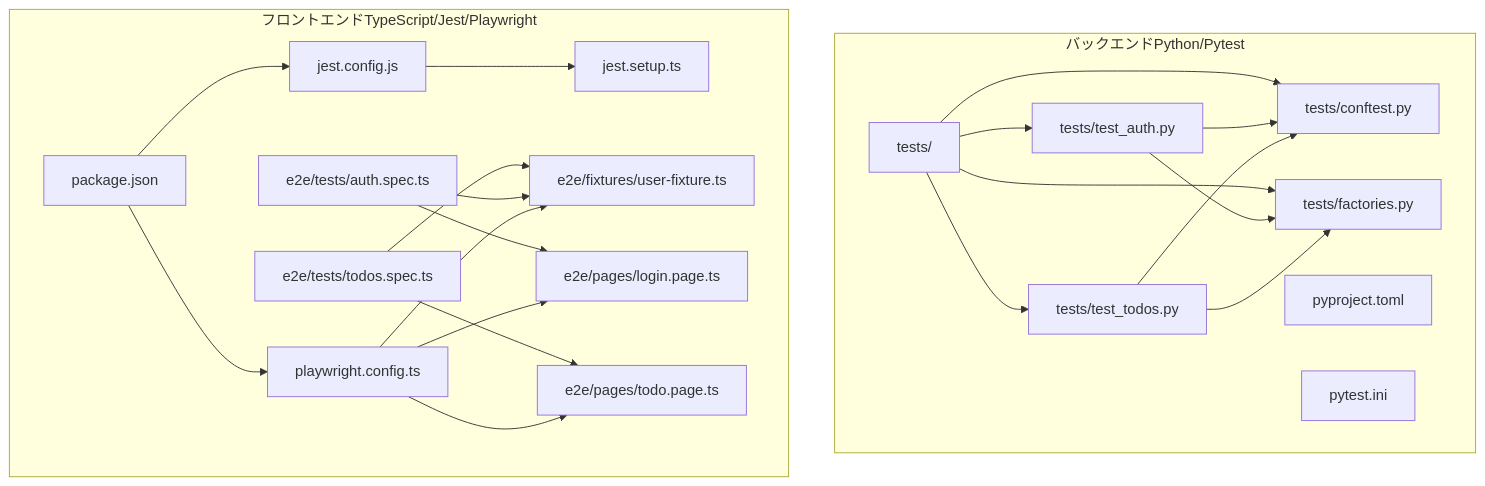
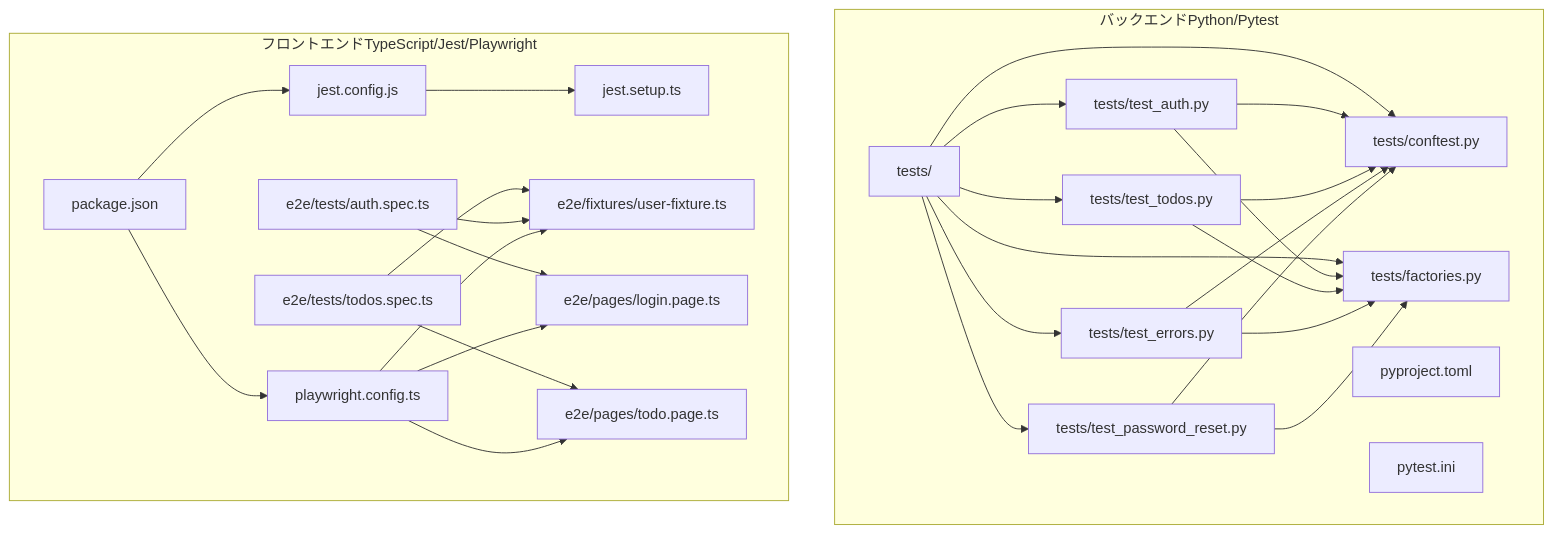
Before and after one commit to ss8806/Todos: the first of 5 diagrams in .qoder/repowiki/ja/content/トラブルシューティング/テストの実行と問題解決.md, drawn with Mermaid. The commit also changed other lines of this file and 4 other files, not shown here.

````diff
--- a/.qoder/repowiki/ja/content/トラブルシューティング/テストの実行と問題解決.md
+++ b/.qoder/repowiki/ja/content/トラブルシューティング/テストの実行と問題解決.md
@@ -46,41 +48,49 @@
 ```mermaid
 graph TB
 subgraph "バックエンドPython/Pytest"
 BE_TESTS["tests/"]
 BE_CONF["tests/conftest.py"]
 BE_FACT["tests/factories.py"]
 BE_AUTH["tests/test_auth.py"]
+BE_ERRORS["tests/test_errors.py"]
+BE_PASSWORD_RESET["tests/test_password_reset.py"]
 BE_TODOS["tests/test_todos.py"]
 BE_PYCONF["pyproject.toml"]
 BE_PIPENV["pytest.ini"]
 end
 subgraph "フロントエンドTypeScript/Jest/Playwright"
 FE_PKG["package.json"]
 FE_JEST["jest.config.js"]
 FE_SETUP["jest.setup.ts"]
 FE_PWCONF["playwright.config.ts"]
 FE_FIX["e2e/fixtures/user-fixture.ts"]
 FE_PAGE_L["e2e/pages/login.page.ts"]
 FE_PAGE_T["e2e/pages/todo.page.ts"]
 FE_TEST_A["e2e/tests/auth.spec.ts"]
 FE_TEST_T["e2e/tests/todos.spec.ts"]
 end
 BE_TESTS --> BE_CONF
 BE_TESTS --> BE_FACT
 BE_TESTS --> BE_AUTH
+BE_TESTS --> BE_ERRORS
+BE_TESTS --> BE_PASSWORD_RESET
 BE_TESTS --> BE_TODOS
 BE_AUTH --> BE_CONF
 BE_TODOS --> BE_CONF
+BE_ERRORS --> BE_CONF
+BE_PASSWORD_RESET --> BE_CONF
 BE_AUTH --> BE_FACT
 BE_TODOS --> BE_FACT
+BE_ERRORS --> BE_FACT
+BE_PASSWORD_RESET --> BE_FACT
 FE_PKG --> FE_JEST
 FE_PKG --> FE_PWCONF
 FE_JEST --> FE_SETUP
 FE_PWCONF --> FE_FIX
 FE_PWCONF --> FE_PAGE_L
 FE_PWCONF --> FE_PAGE_T
 FE_TEST_A --> FE_PAGE_L
 FE_TEST_A --> FE_FIX
 FE_TEST_T --> FE_PAGE_T
 FE_TEST_T --> FE_FIX
 ```
````
